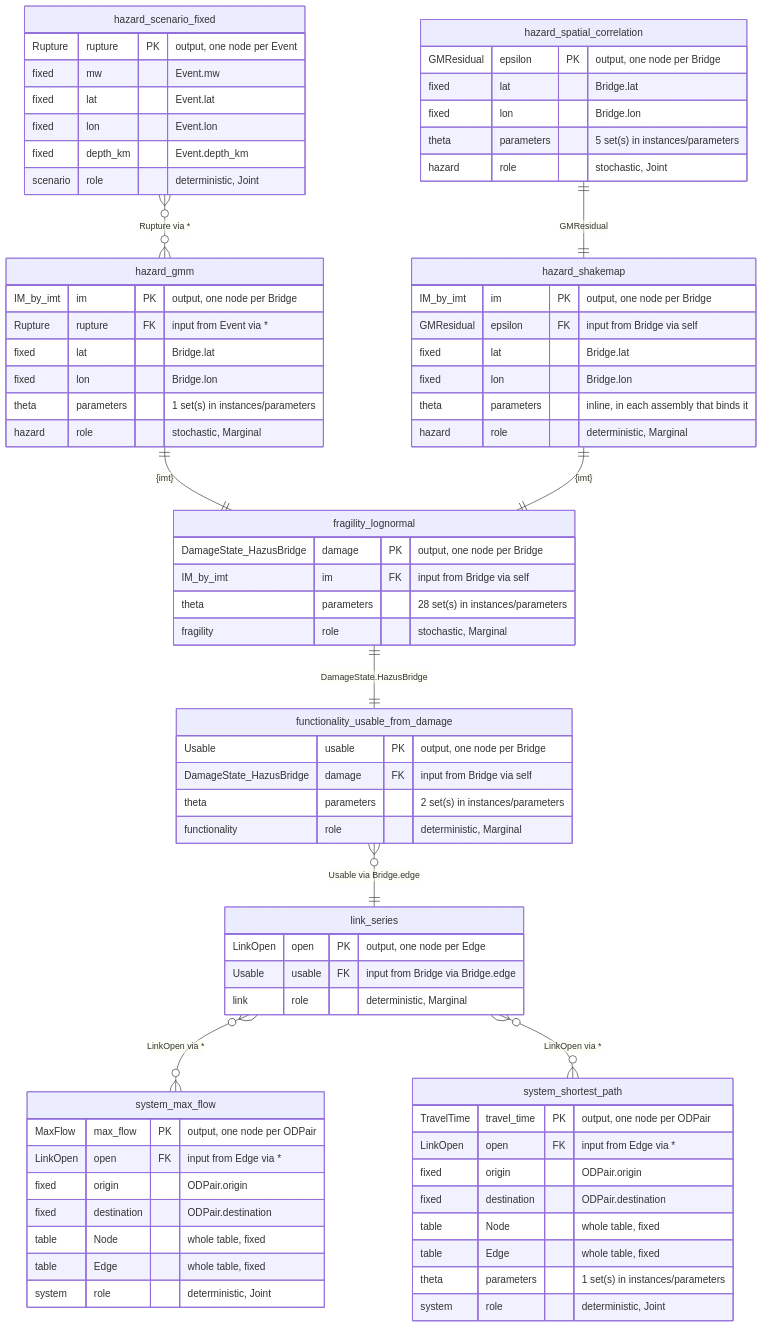
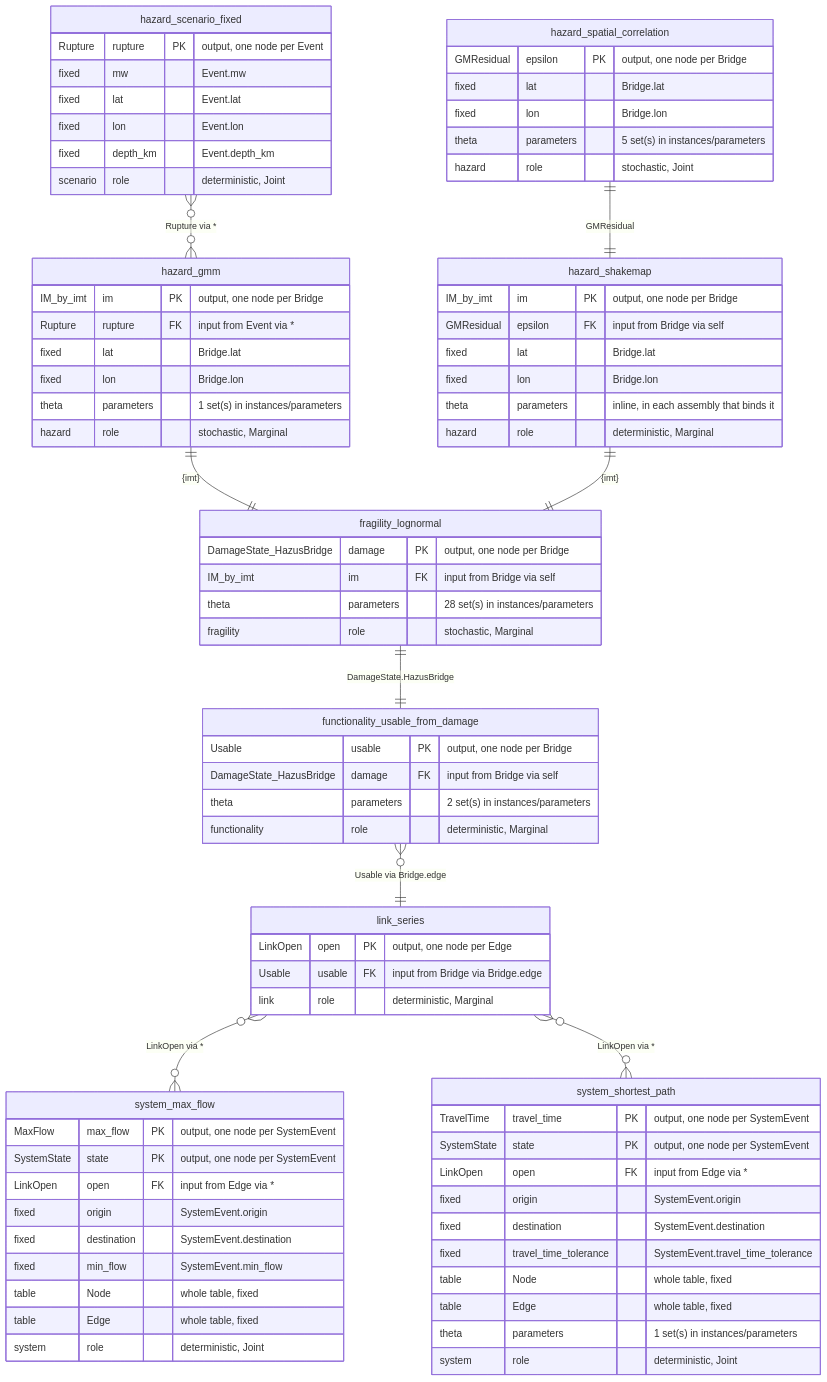
Before and after one commit to dynaryu/bn-transport-eq: the first of 2 diagrams in schema/diagram.md, drawn with Mermaid. The commit also changed other lines of this file and 21 other files, not shown here.

````diff
--- a/schema/diagram.md
+++ b/schema/diagram.md
@@ -13,78 +13,82 @@
 ```mermaid
 erDiagram
     hazard_scenario_fixed {
         Rupture rupture PK "output, one node per Event"
         fixed mw "Event.mw"
         fixed lat "Event.lat"
         fixed lon "Event.lon"
         fixed depth_km "Event.depth_km"
         scenario role "deterministic, Joint"
     }
     hazard_gmm {
         IM_by_imt im PK "output, one node per Bridge"
         Rupture rupture FK "input from Event via *"
         fixed lat "Bridge.lat"
         fixed lon "Bridge.lon"
         theta parameters "1 set(s) in instances/parameters"
         hazard role "stochastic, Marginal"
     }
     hazard_shakemap {
         IM_by_imt im PK "output, one node per Bridge"
         GMResidual epsilon FK "input from Bridge via self"
         fixed lat "Bridge.lat"
         fixed lon "Bridge.lon"
         theta parameters "inline, in each assembly that binds it"
         hazard role "deterministic, Marginal"
     }
     hazard_spatial_correlation {
         GMResidual epsilon PK "output, one node per Bridge"
         fixed lat "Bridge.lat"
         fixed lon "Bridge.lon"
         theta parameters "5 set(s) in instances/parameters"
         hazard role "stochastic, Joint"
     }
     fragility_lognormal {
         DamageState_HazusBridge damage PK "output, one node per Bridge"
         IM_by_imt im FK "input from Bridge via self"
         theta parameters "28 set(s) in instances/parameters"
         fragility role "stochastic, Marginal"
     }
     functionality_usable_from_damage {
         Usable usable PK "output, one node per Bridge"
         DamageState_HazusBridge damage FK "input from Bridge via self"
         theta parameters "2 set(s) in instances/parameters"
         functionality role "deterministic, Marginal"
     }
     link_series {
         LinkOpen open PK "output, one node per Edge"
         Usable usable FK "input from Bridge via Bridge.edge"
         link role "deterministic, Marginal"
     }
     system_max_flow {
-        MaxFlow max_flow PK "output, one node per ODPair"
+        MaxFlow max_flow PK "output, one node per SystemEvent"
+        SystemState state PK "output, one node per SystemEvent"
         LinkOpen open FK "input from Edge via *"
-        fixed origin "ODPair.origin"
-        fixed destination "ODPair.destination"
+        fixed origin "SystemEvent.origin"
+        fixed destination "SystemEvent.destination"
+        fixed min_flow "SystemEvent.min_flow"
         table Node "whole table, fixed"
         table Edge "whole table, fixed"
         system role "deterministic, Joint"
     }
     system_shortest_path {
-        TravelTime travel_time PK "output, one node per ODPair"
+        TravelTime travel_time PK "output, one node per SystemEvent"
+        SystemState state PK "output, one node per SystemEvent"
         LinkOpen open FK "input from Edge via *"
-        fixed origin "ODPair.origin"
-        fixed destination "ODPair.destination"
+        fixed origin "SystemEvent.origin"
+        fixed destination "SystemEvent.destination"
+        fixed travel_time_tolerance "SystemEvent.travel_time_tolerance"
         table Node "whole table, fixed"
         table Edge "whole table, fixed"
         theta parameters "1 set(s) in instances/parameters"
         system role "deterministic, Joint"
     }
     hazard_scenario_fixed }o--o{ hazard_gmm : "Rupture via *"
     hazard_spatial_correlation ||--|| hazard_shakemap : "GMResidual"
     hazard_gmm ||--|| fragility_lognormal : "{imt}"
     hazard_shakemap ||--|| fragility_lognormal : "{imt}"
     fragility_lognormal ||--|| functionality_usable_from_damage : "DamageState.HazusBridge"
     functionality_usable_from_damage }o--|| link_series : "Usable via Bridge.edge"
     link_series }o--o{ system_max_flow : "LinkOpen via *"
     link_series }o--o{ system_shortest_path : "LinkOpen via *"
 ```
````
